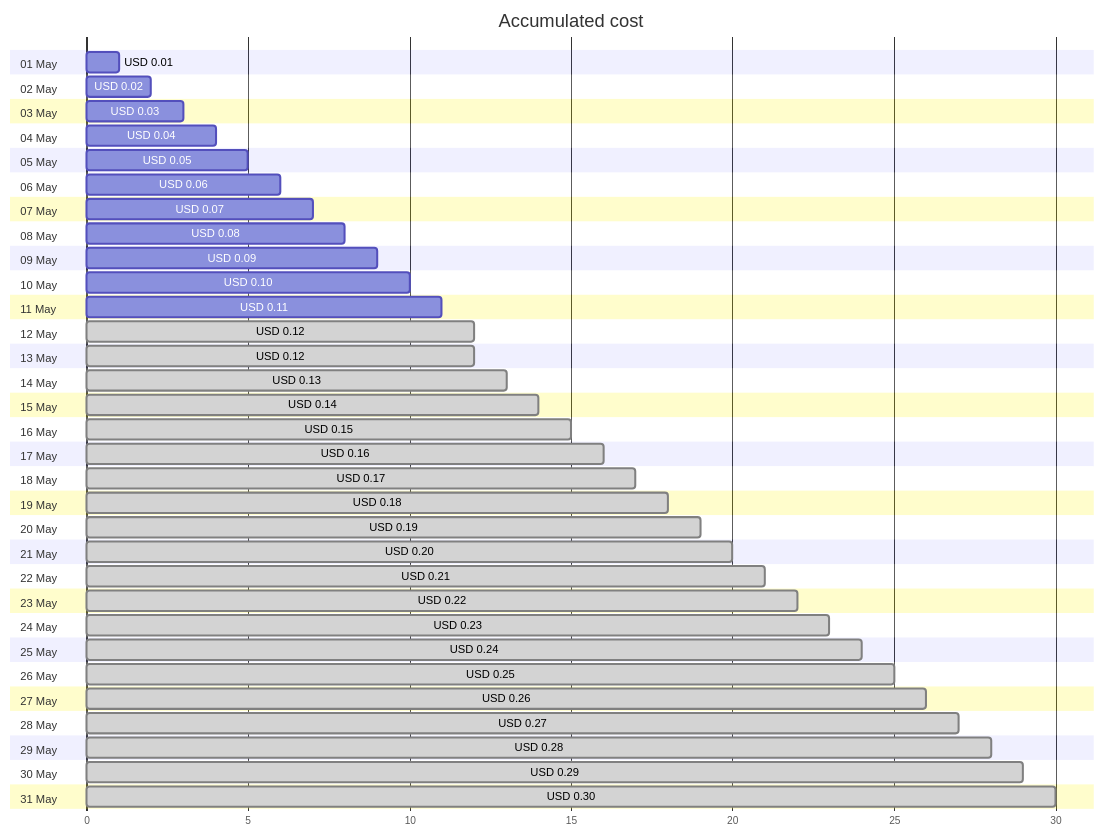
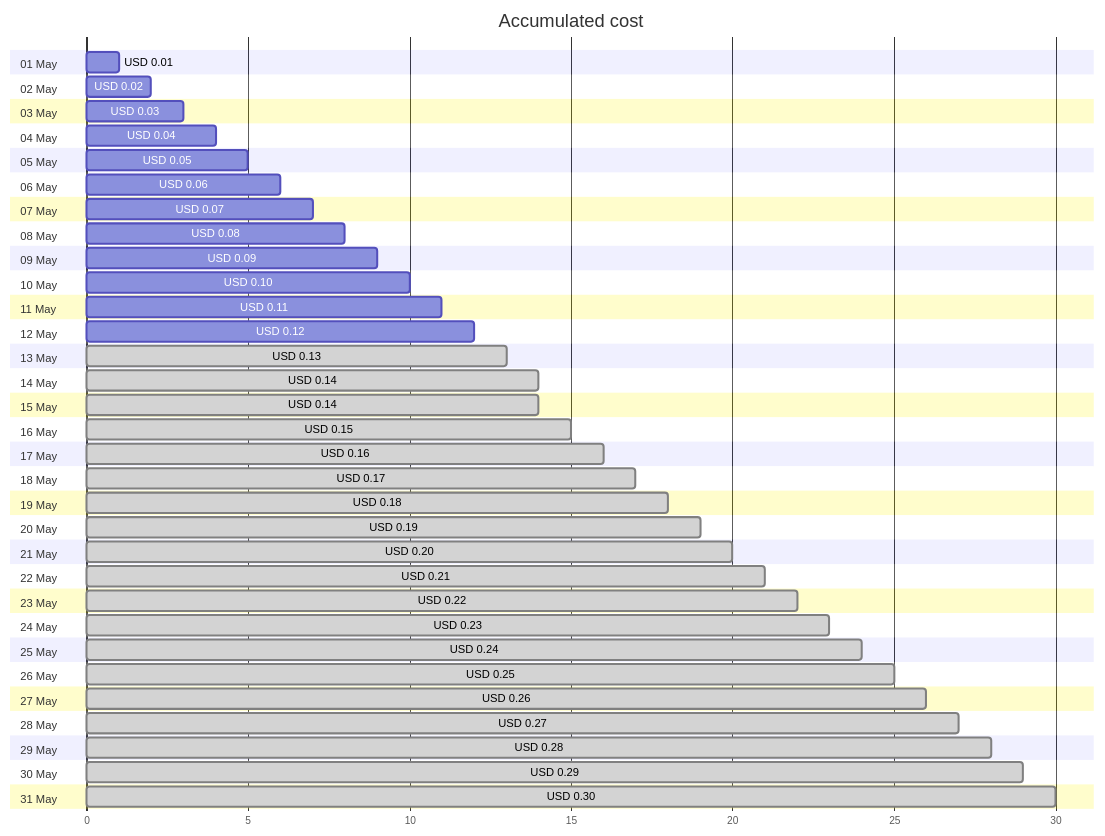
The first of 4 diagrams in cost-reports/cloud-shell-storage-eastus/README.md (jpfulton/azure-personal-reports), drawn with Mermaid before and after one commit. The commit also changed other lines of this file and 1 other file, not shown here.

````diff
--- a/cost-reports/cloud-shell-storage-eastus/README.md
+++ b/cost-reports/cloud-shell-storage-eastus/README.md
@@ -20,68 +20,68 @@
 ```mermaid
 gantt
    title Accumulated cost
    dateFormat  X
    axisFormat %s
    section 01 May
    USD 0.01 :0, 1
    section 02 May
    USD 0.02 :0, 2
    section 03 May
    USD 0.03 :0, 3
    section 04 May
    USD 0.04 :0, 4
    section 05 May
    USD 0.05 :0, 5
    section 06 May
    USD 0.06 :0, 6
    section 07 May
    USD 0.07 :0, 7
    section 08 May
    USD 0.08 :0, 8
    section 09 May
    USD 0.09 :0, 9
    section 10 May
    USD 0.10 :0, 10
    section 11 May
    USD 0.11 :0, 11
    section 12 May
-   USD 0.12 : done, 0, 12
+   USD 0.12 :0, 12
    section 13 May
-   USD 0.12 : done, 0, 12
+   USD 0.13 : done, 0, 13
    section 14 May
-   USD 0.13 : done, 0, 13
+   USD 0.14 : done, 0, 14
    section 15 May
    USD 0.14 : done, 0, 14
    section 16 May
    USD 0.15 : done, 0, 15
    section 17 May
    USD 0.16 : done, 0, 16
    section 18 May
    USD 0.17 : done, 0, 17
    section 19 May
    USD 0.18 : done, 0, 18
    section 20 May
    USD 0.19 : done, 0, 19
    section 21 May
    USD 0.20 : done, 0, 20
    section 22 May
    USD 0.21 : done, 0, 21
    section 23 May
    USD 0.22 : done, 0, 22
    section 24 May
    USD 0.23 : done, 0, 23
    section 25 May
    USD 0.24 : done, 0, 24
    section 26 May
    USD 0.25 : done, 0, 25
    section 27 May
    USD 0.26 : done, 0, 26
    section 28 May
    USD 0.27 : done, 0, 27
    section 29 May
    USD 0.28 : done, 0, 28
    section 30 May
    USD 0.29 : done, 0, 29
    section 31 May
    USD 0.30 : done, 0, 30
 ```
````
